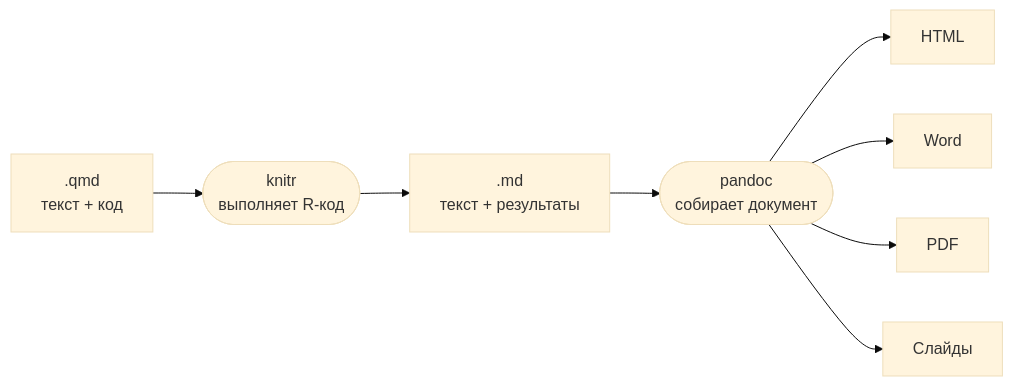
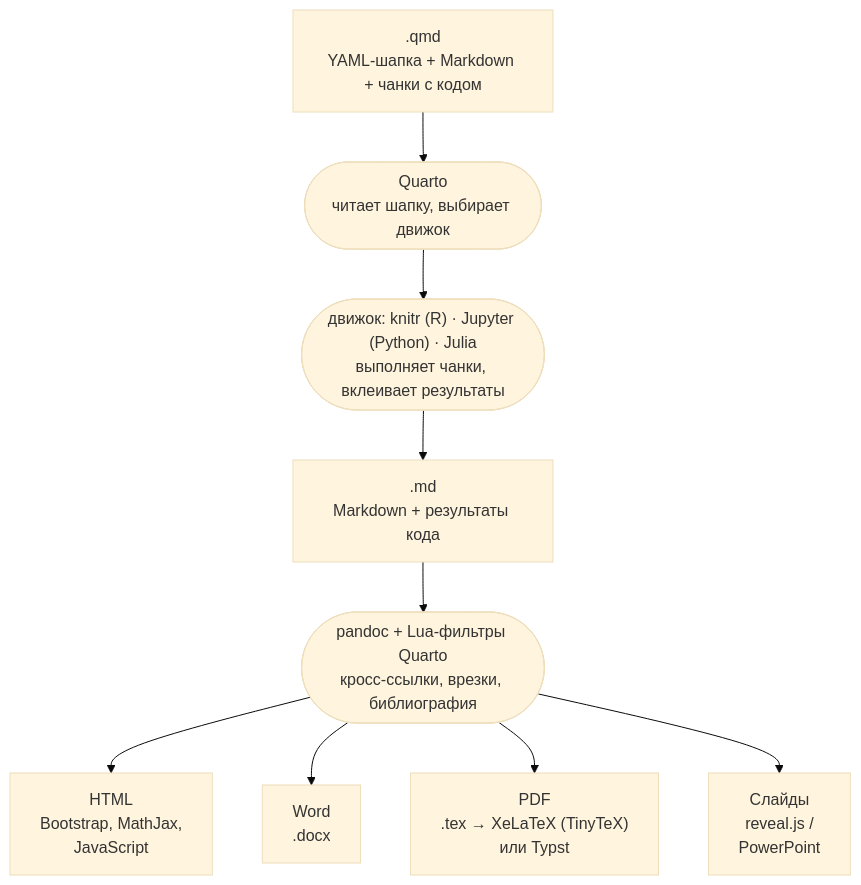
One commit to Pozdniakov/tidy_stats changed the diagram in 250-quarto.qmd. Above: the diagram before and after it, drawn with Mermaid (base theme). The commit also changed other lines of this file, not shown here.

````diff
--- a/250-quarto.qmd
+++ b/250-quarto.qmd
@@ -55,15 +198,16 @@
 ```{mermaid}
 %%| label: fig-quarto-pipeline
-%%| fig-cap: "Как Quarto собирает документ: knitr выполняет код, pandoc собирает результат в нужный формат"
-%%| fig-alt: "Схема: файл .qmd с текстом и кодом → knitr выполняет R-код → файл .md с текстом и результатами → pandoc собирает документ → HTML, Word, PDF или слайды"
+%%| fig-cap: "Этапы сборки документа и инструменты на каждом из них"
+%%| fig-alt: "Схема: файл .qmd → Quarto читает шапку и выбирает движок → движок knitr, Jupyter или Julia выполняет чанки → файл .md с результатами → pandoc с Lua-фильтрами Quarto → HTML (Bootstrap, MathJax, JavaScript), Word, PDF через XeLaTeX или Typst, слайды reveal.js или PowerPoint"
 %%| fig-width: 4.8
-%%| fig-height: 1.9
-flowchart LR
-  qmd[".qmd<br/>текст + код"] --> knitr(["knitr<br/>выполняет R-код"])
-  knitr --> md[".md<br/>текст + результаты"]
-  md --> pandoc(["pandoc<br/>собирает документ"])
-  pandoc --> html["HTML"]
-  pandoc --> docx["Word"]
-  pandoc --> pdf["PDF"]
-  pandoc --> slides["Слайды"]
+%%| fig-height: 5.2
+flowchart TB
+  qmd[".qmd<br/>YAML-шапка + Markdown + чанки с кодом"] --> quarto(["Quarto<br/>читает шапку, выбирает движок"])
+  quarto --> engine(["движок: knitr (R) · Jupyter (Python) · Julia<br/>выполняет чанки, вклеивает результаты"])
+  engine --> md[".md<br/>Markdown + результаты кода"]
+  md --> pandoc(["pandoc + Lua-фильтры Quarto<br/>кросс-ссылки, врезки, библиография"])
+  pandoc --> html["HTML<br/>Bootstrap, MathJax,<br/>JavaScript"]
+  pandoc --> docx["Word<br/>.docx"]
+  pandoc --> pdf["PDF<br/>.tex → XeLaTeX (TinyTeX)<br/>или Typst"]
+  pandoc --> slides["Слайды<br/>reveal.js /<br/>PowerPoint"]
 ```
````
